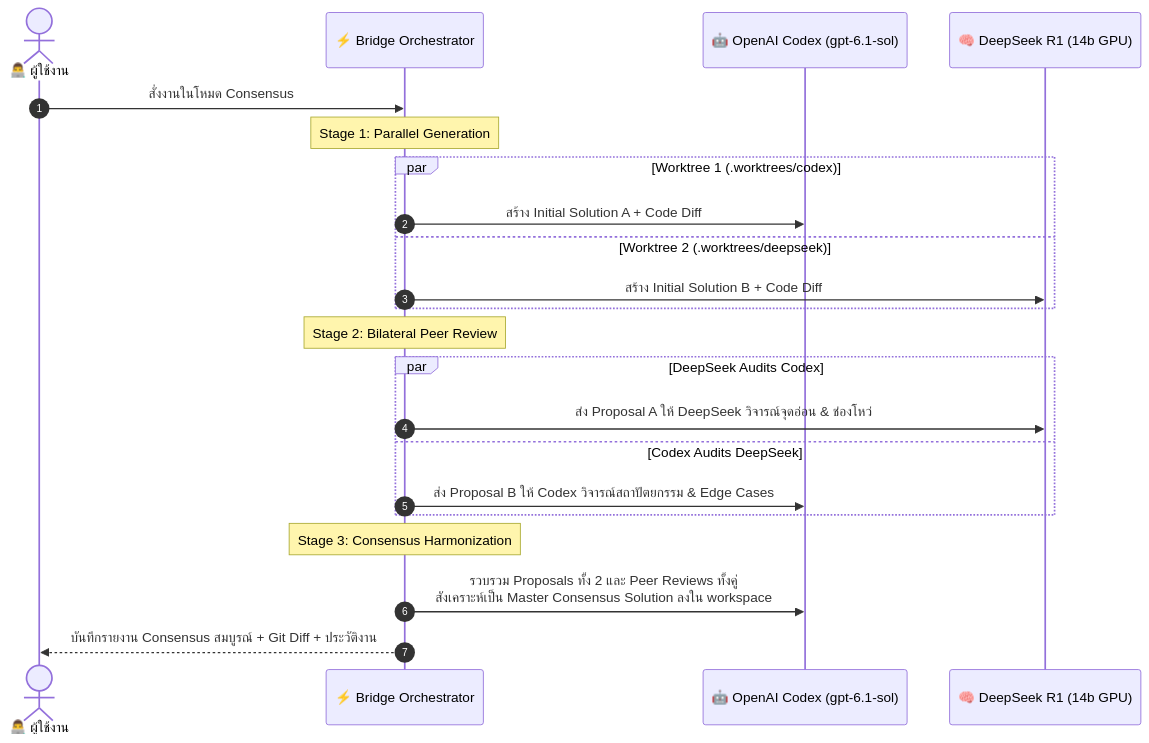
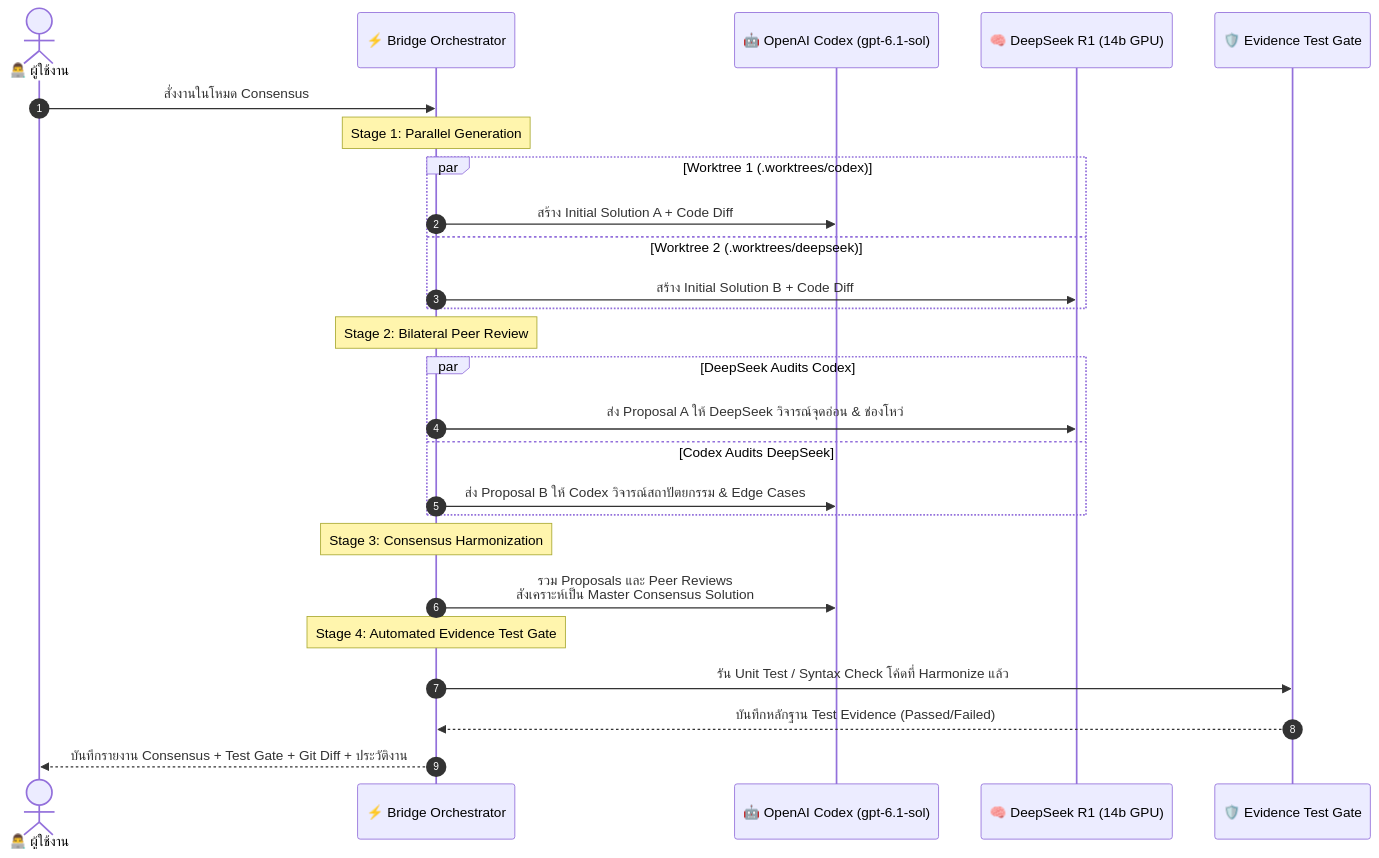
One commit to techasit5415/proxmox-codex-bridge changed the second of 2 diagrams in README.md. Above: the diagram before and after it, drawn with Mermaid. The commit also changed other lines of this file and 17 other files, not shown here.

Commit message:
feat(queue): implement Redis 7 job queue, SSE streaming, evidence test gate, and safe workspace leases

````diff
--- a/README.md
+++ b/README.md
@@ -176,27 +163,33 @@
 ```mermaid
 sequenceDiagram
     autonumber
     actor User as 👨‍💻 ผู้ใช้งาน
     participant Orchestrator as ⚡ Bridge Orchestrator
     participant Codex as 🤖 OpenAI Codex (gpt-6.1-sol)
     participant DeepSeek as 🧠 DeepSeek R1 (14b GPU)
+    participant TestGate as 🛡️ Evidence Test Gate
 
     User->>Orchestrator: สั่งงานในโหมด Consensus
     Note over Orchestrator: Stage 1: Parallel Generation
     par Worktree 1 (.worktrees/codex)
         Orchestrator->>Codex: สร้าง Initial Solution A + Code Diff
     and Worktree 2 (.worktrees/deepseek)
         Orchestrator->>DeepSeek: สร้าง Initial Solution B + Code Diff
     end
 
     Note over Orchestrator: Stage 2: Bilateral Peer Review
     par DeepSeek Audits Codex
         Orchestrator->>DeepSeek: ส่ง Proposal A ให้ DeepSeek วิจารณ์จุดอ่อน & ช่องโหว่
     and Codex Audits DeepSeek
         Orchestrator->>Codex: ส่ง Proposal B ให้ Codex วิจารณ์สถาปัตยกรรม & Edge Cases
     end
 
     Note over Orchestrator: Stage 3: Consensus Harmonization
-    Orchestrator->>Codex: รวบรวม Proposals ทั้ง 2 และ Peer Reviews ทั้งคู่<br/>สังเคราะห์เป็น Master Consensus Solution ลงใน workspace
-    Orchestrator-->>User: บันทึกรายงาน Consensus สมบูรณ์ + Git Diff + ประวัติงาน
+    Orchestrator->>Codex: รวม Proposals และ Peer Reviews<br/>สังเคราะห์เป็น Master Consensus Solution
+    
+    Note over Orchestrator: Stage 4: Automated Evidence Test Gate
+    Orchestrator->>TestGate: รัน Unit Test / Syntax Check โค้ดที่ Harmonize แล้ว
+    TestGate-->>Orchestrator: บันทึกหลักฐาน Test Evidence (Passed/Failed)
+    
+    Orchestrator-->>User: บันทึกรายงาน Consensus + Test Gate + Git Diff + ประวัติงาน
 ```
````
